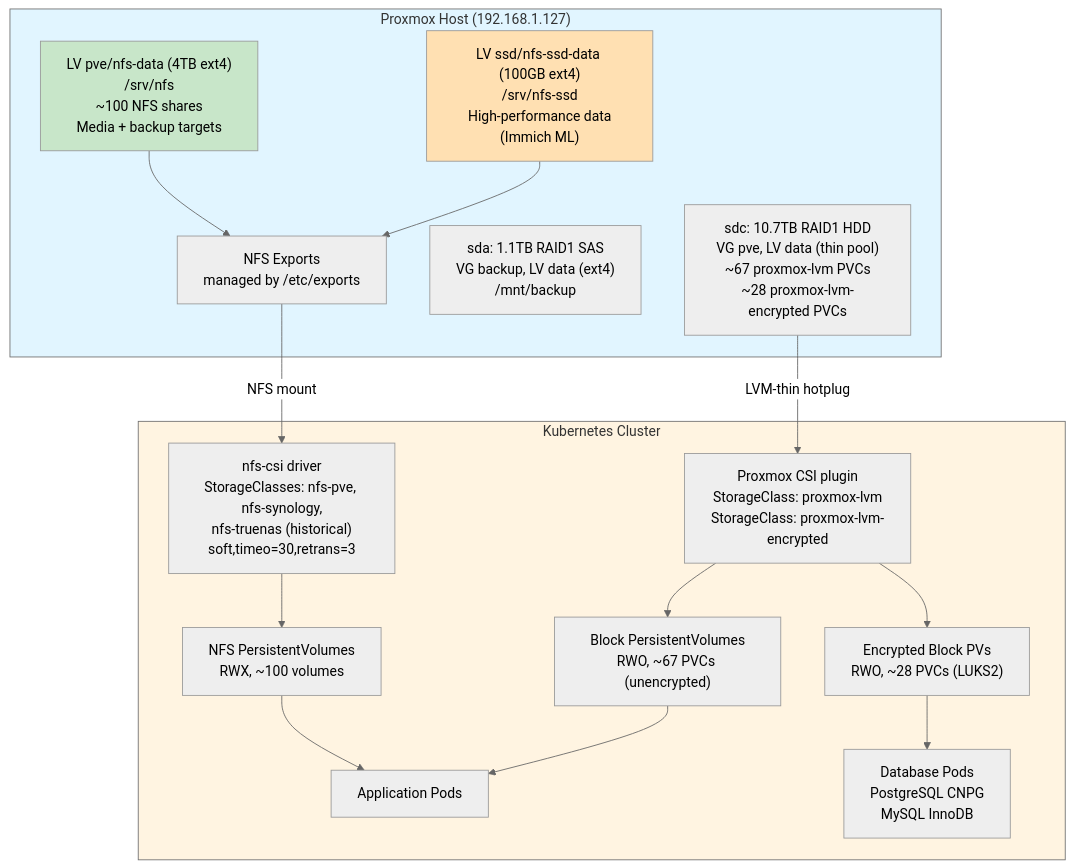
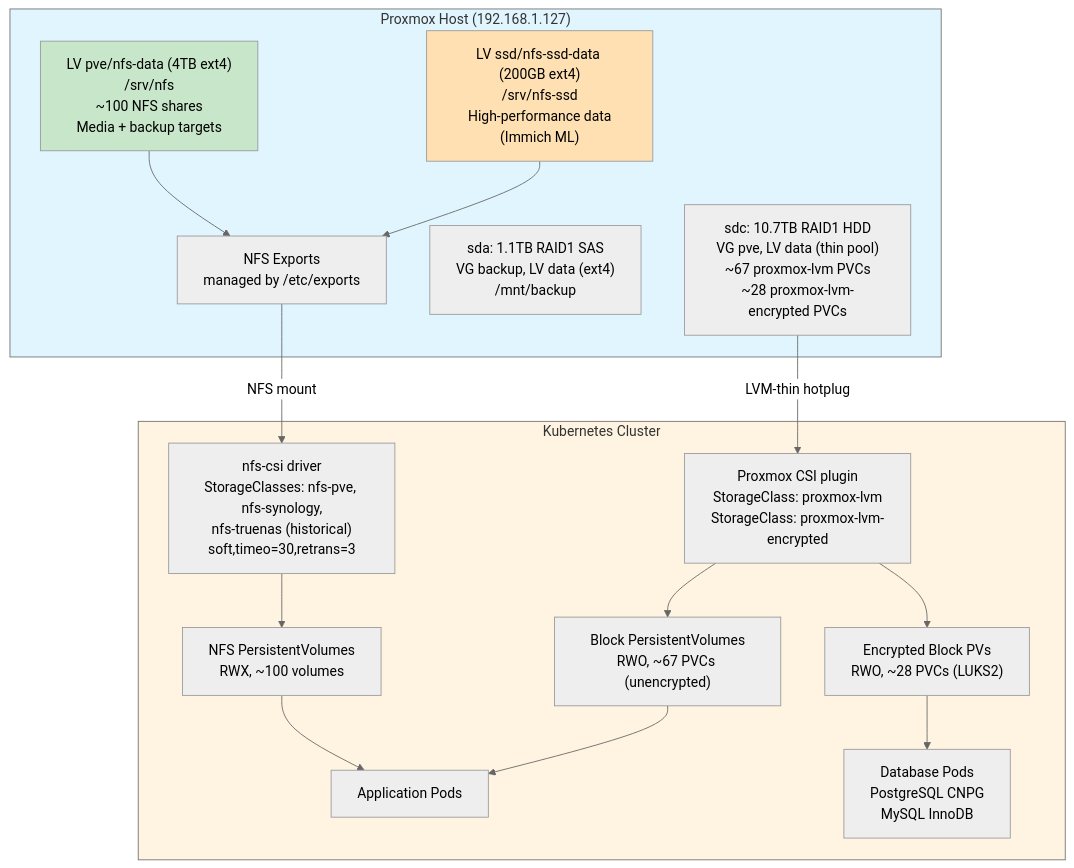
Before and after one commit to ViktorBarzin/infra: the diagram in docs/architecture/storage.md, drawn with Mermaid (neutral theme). The commit also changed other lines of this file and 2 other files, not shown here.

````diff
--- a/docs/architecture/storage.md
+++ b/docs/architecture/storage.md
@@ -86,40 +86,40 @@
 ```mermaid
 graph TB
     subgraph Proxmox["Proxmox Host (192.168.1.127)"]
         sdc["sdc: 10.7TB RAID1 HDD<br/>VG pve, LV data (thin pool)<br/>~67 proxmox-lvm PVCs<br/>~28 proxmox-lvm-encrypted PVCs"]
         sda["sda: 1.1TB RAID1 SAS<br/>VG backup, LV data (ext4)<br/>/mnt/backup"]
         NFS_HDD["LV pve/nfs-data (4TB ext4)<br/>/srv/nfs<br/>~100 NFS shares<br/>Media + backup targets"]
-        NFS_SSD["LV ssd/nfs-ssd-data (100GB ext4)<br/>/srv/nfs-ssd<br/>High-performance data<br/>(Immich ML)"]
+        NFS_SSD["LV ssd/nfs-ssd-data (200GB ext4)<br/>/srv/nfs-ssd<br/>High-performance data<br/>(Immich ML)"]
         NFS_Exports["NFS Exports<br/>managed by /etc/exports"]
         NFS_HDD --> NFS_Exports
         NFS_SSD --> NFS_Exports
     end
 
     subgraph K8s["Kubernetes Cluster"]
         CSI_NFS["nfs-csi driver<br/>StorageClasses: nfs-pve, nfs-synology,<br/>nfs-truenas (historical)<br/>soft,timeo=30,retrans=3"]
         CSI_PVE["Proxmox CSI plugin<br/>StorageClass: proxmox-lvm<br/>StorageClass: proxmox-lvm-encrypted"]
 
         NFS_PV["NFS PersistentVolumes<br/>RWX, ~100 volumes"]
         Block_PV["Block PersistentVolumes<br/>RWO, ~67 PVCs (unencrypted)"]
         Enc_PV["Encrypted Block PVs<br/>RWO, ~28 PVCs (LUKS2)"]
 
         Pods["Application Pods"]
         DBPods["Database Pods<br/>PostgreSQL CNPG<br/>MySQL InnoDB"]
     end
 
     NFS_Exports -->|NFS mount| CSI_NFS
     sdc -->|LVM-thin hotplug| CSI_PVE
 
     CSI_NFS --> NFS_PV
     CSI_PVE --> Block_PV
     CSI_PVE --> Enc_PV
 
     NFS_PV --> Pods
     Block_PV --> Pods
     Enc_PV --> DBPods
 
     style Proxmox fill:#e1f5ff
     style K8s fill:#fff4e1
     style NFS_HDD fill:#c8e6c9
     style NFS_SSD fill:#ffe0b2
 ```
````
